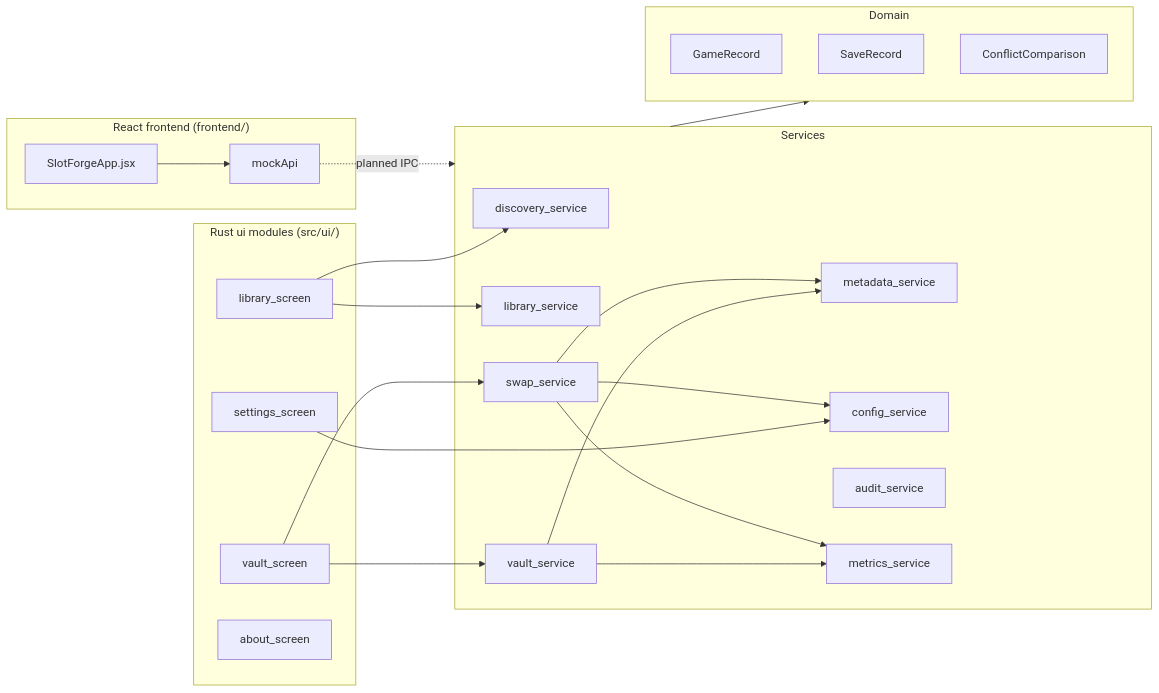
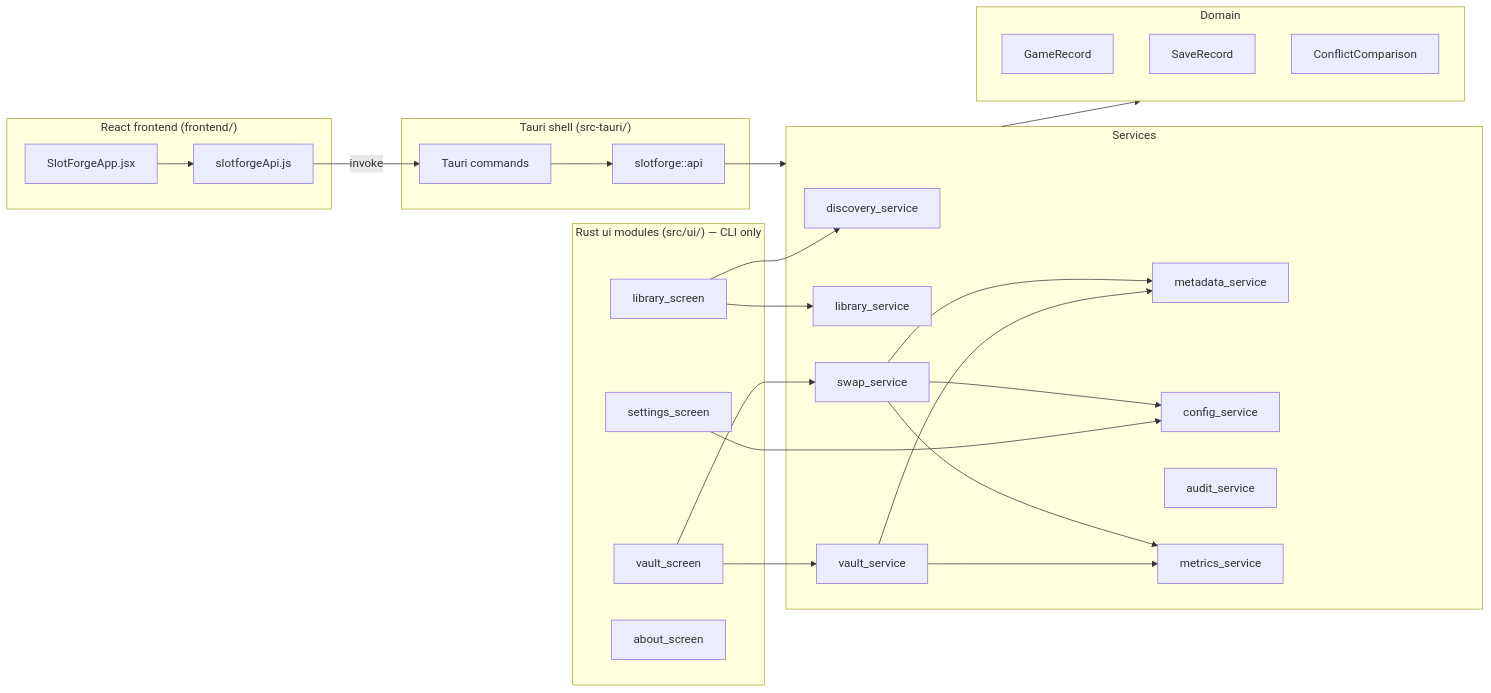
The diagram in README.md (squareguard/SlotForge), drawn with Mermaid before and after one commit. The commit also changed other lines of this file and 81 other files, not shown here.

````diff
--- a/README.md
+++ b/README.md
@@ -212,45 +233,51 @@
 ```mermaid
 flowchart LR
   subgraph React["React frontend (frontend/)"]
     App[SlotForgeApp.jsx]
-    Mock[mockApi]
-    App --> Mock
+    Api[slotforgeApi.js]
+    App --> Api
   end
 
-  subgraph RustUI["Rust ui modules (src/ui/)"]
+  subgraph Tauri["Tauri shell (src-tauri/)"]
+    Cmd[Tauri commands]
+    Api -->|invoke| Cmd
+    Cmd --> Facade[slotforge::api]
+  end
+
+  subgraph RustUI["Rust ui modules (src/ui/) — CLI only"]
     Library[library_screen]
     Vault[vault_screen]
     Settings[settings_screen]
     About[about_screen]
   end
 
   subgraph Services
     Discovery[discovery_service]
     LibrarySvc[library_service]
     VaultSvc[vault_service]
     Swap[swap_service]
     Meta[metadata_service]
     Config[config_service]
     Audit[audit_service]
     Metrics[metrics_service]
   end
 
   subgraph Domain
     Game[GameRecord]
     Save[SaveRecord]
     Conflict[ConflictComparison]
   end
 
-  Mock -.->|planned IPC| Services
+  Facade --> Services
   Library --> Discovery
   Library --> LibrarySvc
   Vault --> VaultSvc
   Vault --> Swap
   Settings --> Config
   VaultSvc --> Meta
   Swap --> Meta
   Swap --> Config
   VaultSvc --> Metrics
   Swap --> Metrics
   Services --> Domain
 ```
````
